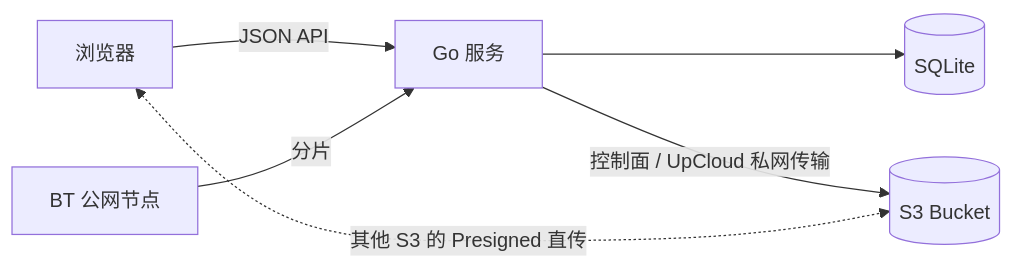
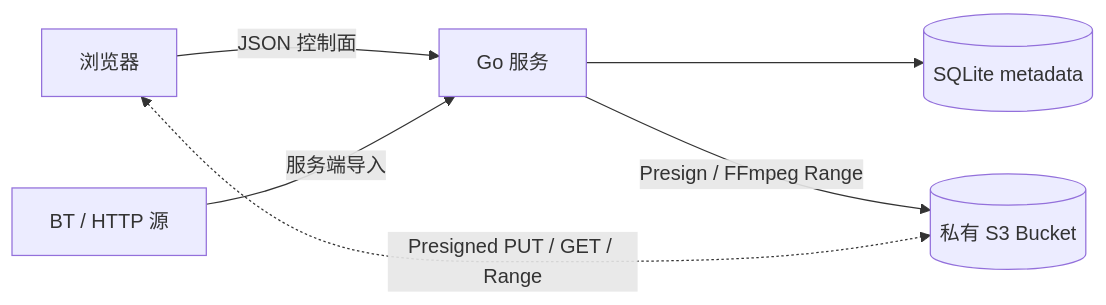
One commit to VesperGlow/revaro changed the diagram in README.md. Above: the diagram before and after it, drawn with Mermaid. The commit also changed other lines of this file and 31 other files, not shown here.

````diff
--- a/README.md
+++ b/README.md
@@ -7,8 +7,8 @@
 ```mermaid
 flowchart LR
-    B[浏览器] -->|JSON API| G[Go 服务]
-    G --> D[(SQLite)]
-    G -->|控制面 / UpCloud 私网传输| S[(S3 Bucket)]
-    B <-.->|其他 S3 的 Presigned 直传| S
-    P[BT 公网节点] -->|分片| G
+    B[浏览器] -->|JSON 控制面| G[Go 服务]
+    G --> D[(SQLite metadata)]
+    G -->|Presign / FFmpeg Range| S[(私有 S3 Bucket)]
+    B <-.->|Presigned PUT / GET / Range| S
+    P[BT / HTTP 源] -->|服务端导入| G
 ```
````
